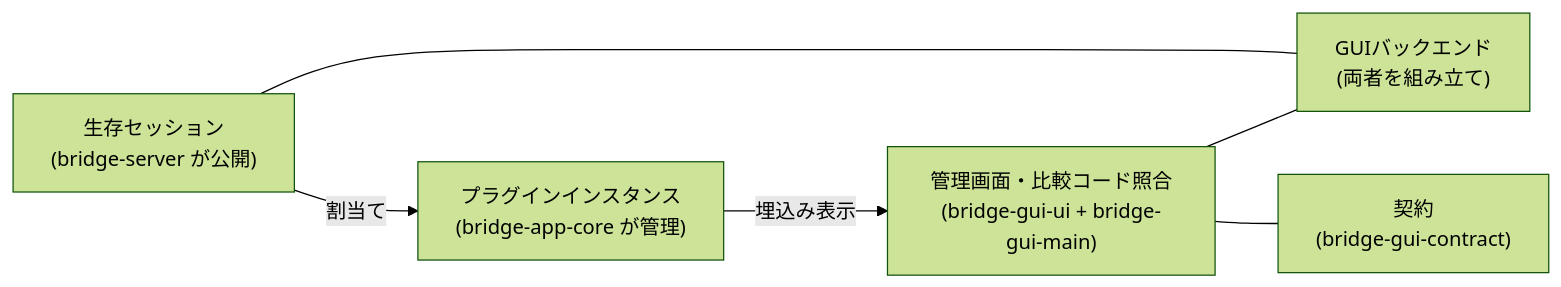
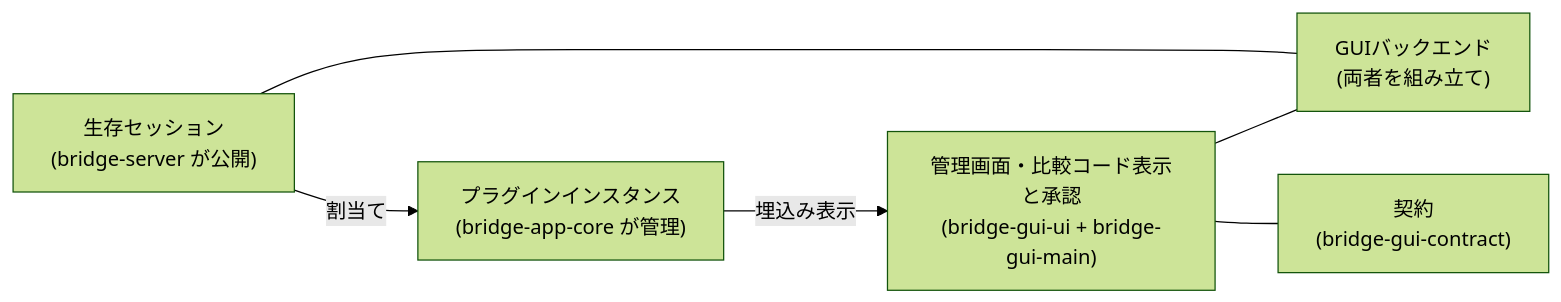
One commit to WebXR-JP/xrift-bridge changed the diagram in design/bridge-app.md. Above: the diagram before and after it, drawn with Mermaid (forest theme). The commit also changed other lines of this file and 42 other files, not shown here.

````diff
--- a/design/bridge-app.md
+++ b/design/bridge-app.md
@@ -7,8 +7,8 @@
 ```mermaid
 flowchart LR
     S["生存セッション<br/>(bridge-server が公開)"] -->|"割当て"| P["プラグインインスタンス<br/>(bridge-app-core が管理)"]
-    P -->|"埋込み表示"| G["管理画面・比較コード照合<br/>(bridge-gui-ui + bridge-gui-main)"]
+    P -->|"埋込み表示"| G["管理画面・比較コード表示と承認<br/>(bridge-gui-ui + bridge-gui-main)"]
     G --- B["GUIバックエンド<br/>(両者を組み立て)"]
     B --- S
     G --- C["契約<br/>(bridge-gui-contract)"]
 ```
````
